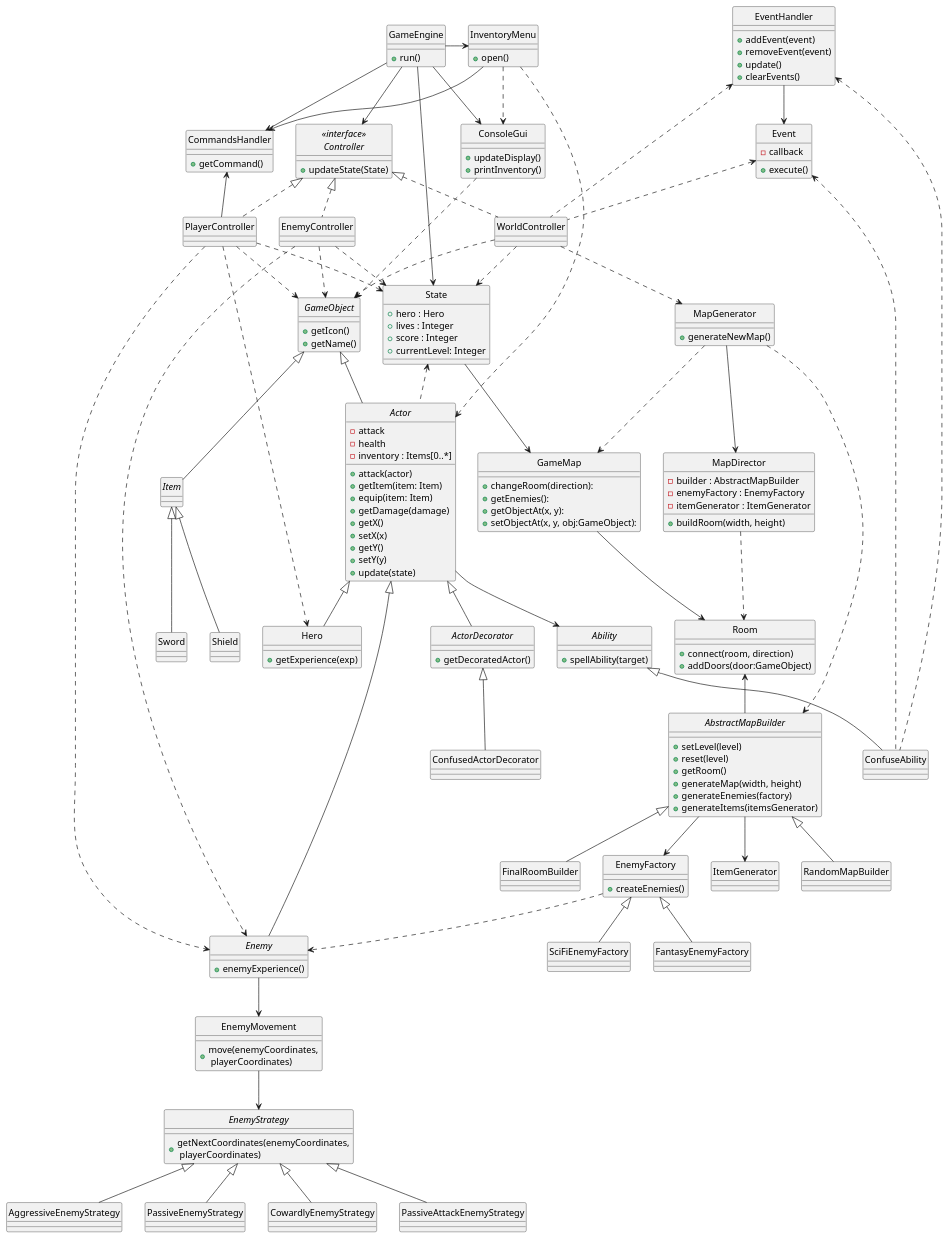
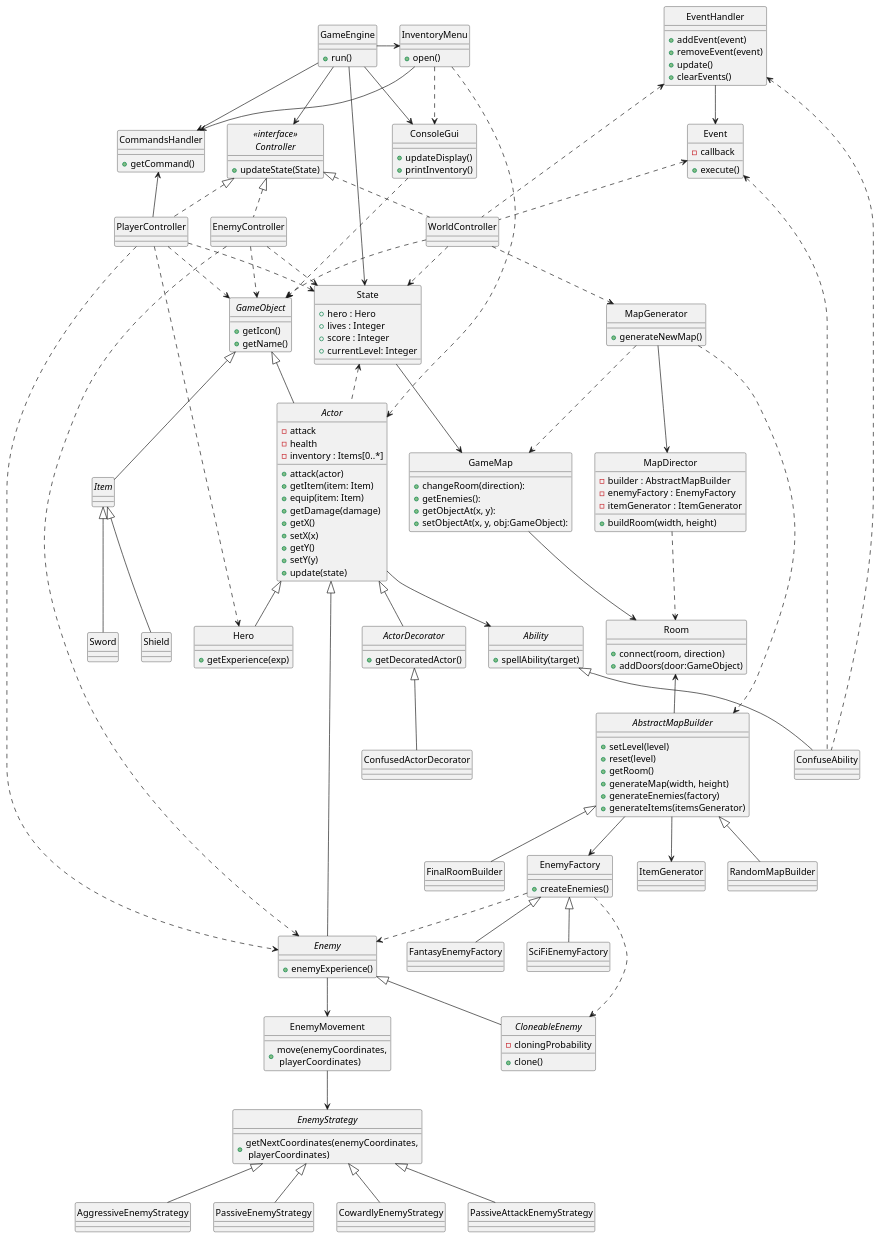
Before and after one commit to capitanFlint129/Rougelike: the diagram in docs/class.puml, drawn with PlantUML. The commit also changed 1 other file, not shown here.

Commit message:
add clone to design

```diff
--- a/docs/class.puml
+++ b/docs/class.puml
@@ -224,6 +224,7 @@
 +createEnemies()
 }
 EnemyFactory ..> Enemy
+EnemyFactory ..> CloneableEnemy
 
 
 EnemyFactory <|-- FantasyEnemyFactory
@@ -266,4 +267,10 @@
 }
 MapDirector ..> Room
 
+Enemy <|-- CloneableEnemy
+abstract class CloneableEnemy {
+-cloningProbability
++clone()
+}
+
 @enduml
```
